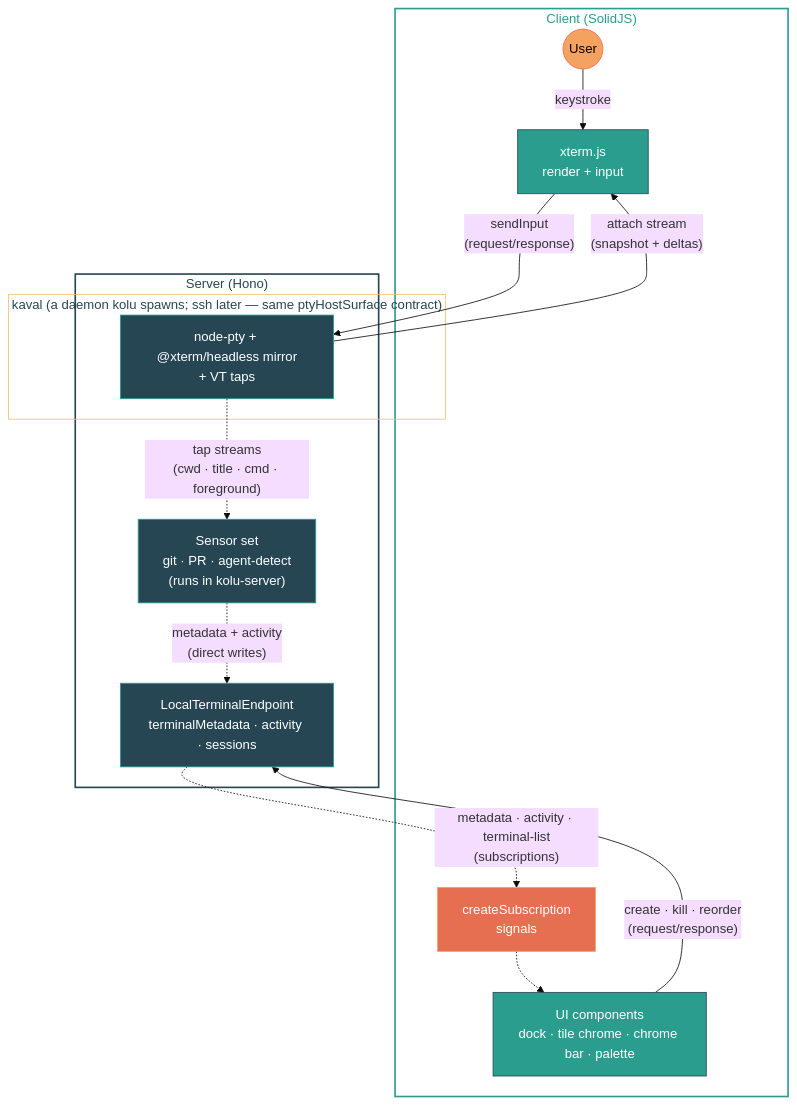
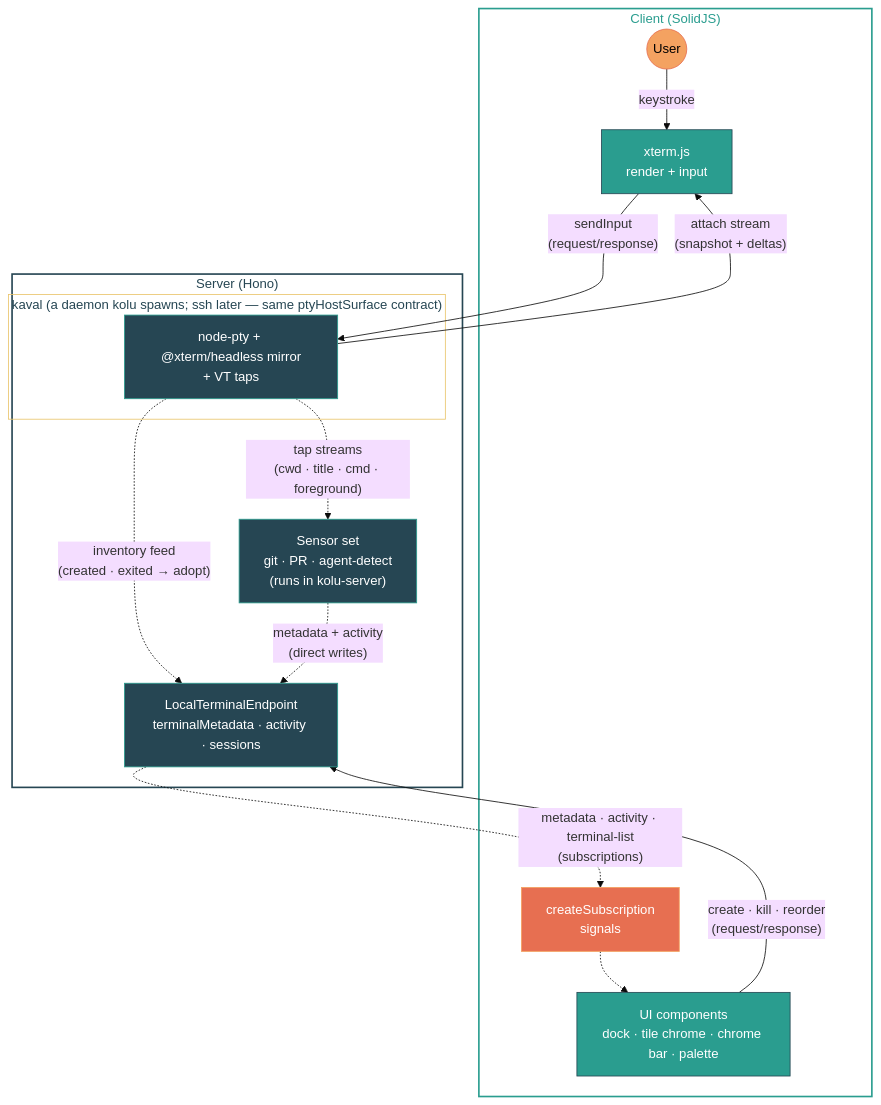
One commit to juspay/kolu changed the diagram in README.md. Above: the diagram before and after it, drawn with Mermaid (base theme). The commit also changed other lines of this file and 16 other files, not shown here.

````diff
--- a/README.md
+++ b/README.md
@@ -259,40 +259,41 @@
 ```mermaid
 flowchart TB
   subgraph Client["Client (SolidJS)"]
     User((User)):::user
     Xterm["xterm.js\nrender + input"]:::client
     Subs["createSubscription\nsignals"]:::cache
     UI["UI components\ndock · tile chrome · chrome bar · palette"]:::client
   end
 
   subgraph Server["Server (Hono)"]
     subgraph PtyHost["kaval (a daemon kolu spawns; ssh later — same ptyHostSurface contract)"]
       Host["node-pty + @xterm/headless mirror\n+ VT taps"]:::server
     end
     Sensors["Sensor set\ngit · PR · agent-detect\n(runs in kolu-server)"]:::server
     Backend["LocalTerminalEndpoint\nterminalMetadata · activity · sessions"]:::server
   end
 
   %% Terminal I/O loop (through the ptyHostSurface contract)
   User -->|"keystroke"| Xterm
   Xterm -->|"sendInput\n(request/response)"| Host
   Host -->|"attach stream\n(snapshot + deltas)"| Xterm
 
   %% Metadata loop
   Host -.->|"tap streams\n(cwd · title · cmd · foreground)"| Sensors
+  Host -.->|"inventory feed\n(created · exited → adopt)"| Backend
   Sensors -.->|"metadata + activity\n(direct writes)"| Backend
   Backend -.->|"metadata · activity · terminal-list\n(subscriptions)"| Subs
   Subs -.-> UI
 
   %% User actions
   UI -->|"create · kill · reorder\n(request/response)"| Backend
 
   classDef user fill:#f4a261,stroke:#e76f51,color:#000
   classDef client fill:#2a9d8f,stroke:#264653,color:#fff
   classDef cache fill:#e76f51,stroke:#f4a261,color:#fff
   classDef server fill:#264653,stroke:#2a9d8f,color:#fff
 
   style Client fill:none,stroke:#2a9d8f,stroke-width:2px,color:#2a9d8f
   style Server fill:none,stroke:#264653,stroke-width:2px,color:#264653
   style PtyHost fill:none,stroke:#e9c46a,stroke-width:1px,color:#264653
 ```
````
